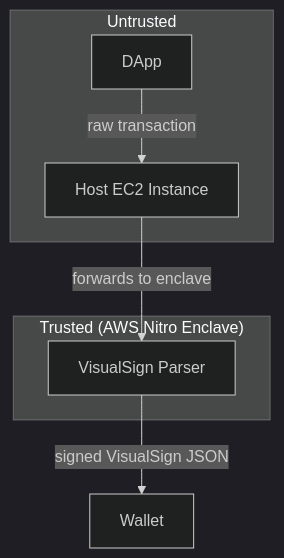
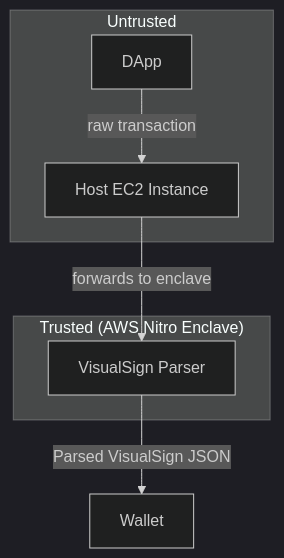
The second of 2 diagrams in docs/wallet-integration/self-hosted-tee/security-model.mdx (anchorageoss/visualsign-parser), drawn with Mermaid (dark theme) before and after one commit.

Commit message:
Signed -> Parsed for consistency (yes it's signed with enclave key)

````diff
--- a/docs/wallet-integration/self-hosted-tee/security-model.mdx
+++ b/docs/wallet-integration/self-hosted-tee/security-model.mdx
@@ -34,15 +34,15 @@
 ```mermaid
 flowchart TB
     subgraph untrusted["Untrusted"]
         HOST["Host EC2 Instance"]
         DAPP["DApp"]
     end
 
     subgraph trusted["Trusted (AWS Nitro Enclave)"]
         PARSER["VisualSign Parser"]
     end
 
     DAPP -->|raw transaction| HOST
     HOST -->|forwards to enclave| PARSER
-    PARSER -->|signed VisualSign JSON| OUTPUT["Wallet"]
+    PARSER -->|Parsed VisualSign JSON| OUTPUT["Wallet"]
 ```
````
